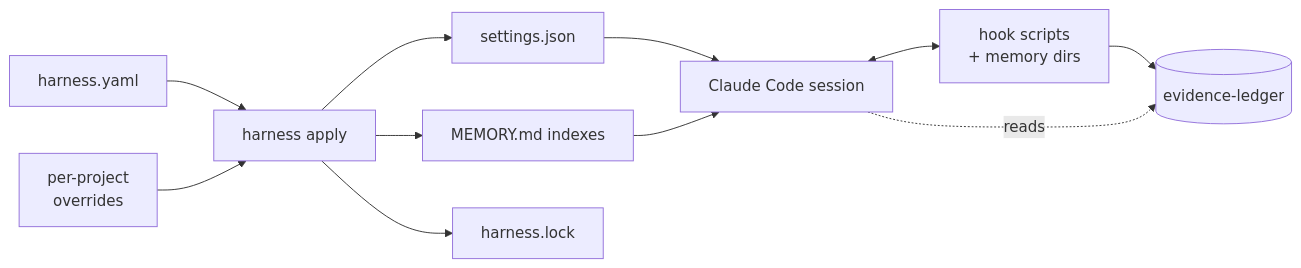
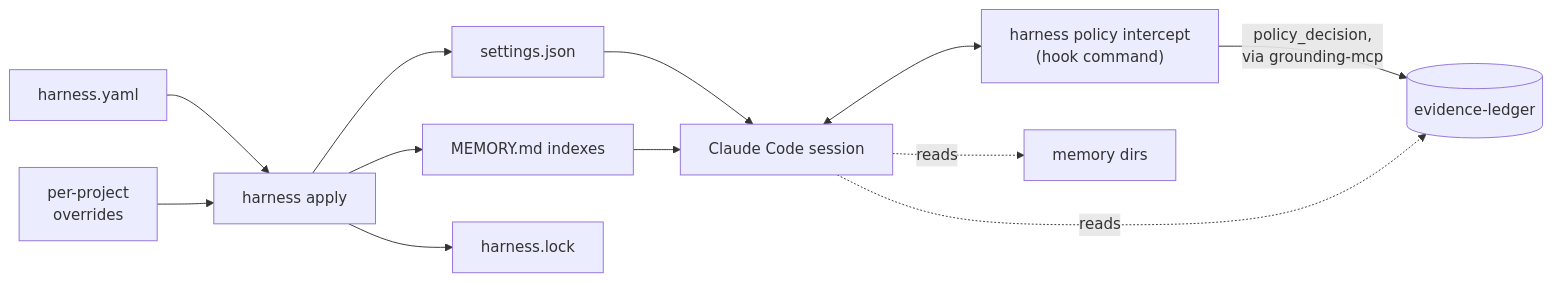
One commit to LanNguyenSi/harness changed the first of 2 diagrams in docs/for-humans.md. Above: the diagram before and after it, drawn with Mermaid. The commit also changed other lines of this file and 7 other files, not shown here.

````diff
--- a/docs/for-humans.md
+++ b/docs/for-humans.md
@@ -23,23 +23,25 @@
 ```mermaid
 flowchart LR
     yaml[harness.yaml]
     overrides[per-project<br/>overrides]
     apply[harness apply]
     settings[settings.json]
     memidx[MEMORY.md indexes]
     lock[harness.lock]
     cc[Claude Code session]
-    hooks[hook scripts<br/>+ memory dirs]
+    intercept["harness policy intercept<br/>(hook command)"]
+    memdirs[memory dirs]
     ledger[(evidence-ledger)]
 
     yaml --> apply
     overrides --> apply
     apply --> settings
     apply --> memidx
     apply --> lock
     settings --> cc
     memidx --> cc
-    cc <--> hooks
-    hooks --> ledger
+    cc <--> intercept
+    intercept -->|"policy_decision,<br/>via grounding-mcp"| ledger
+    cc -. reads .-> memdirs
     cc -. reads .-> ledger
 ```
````
